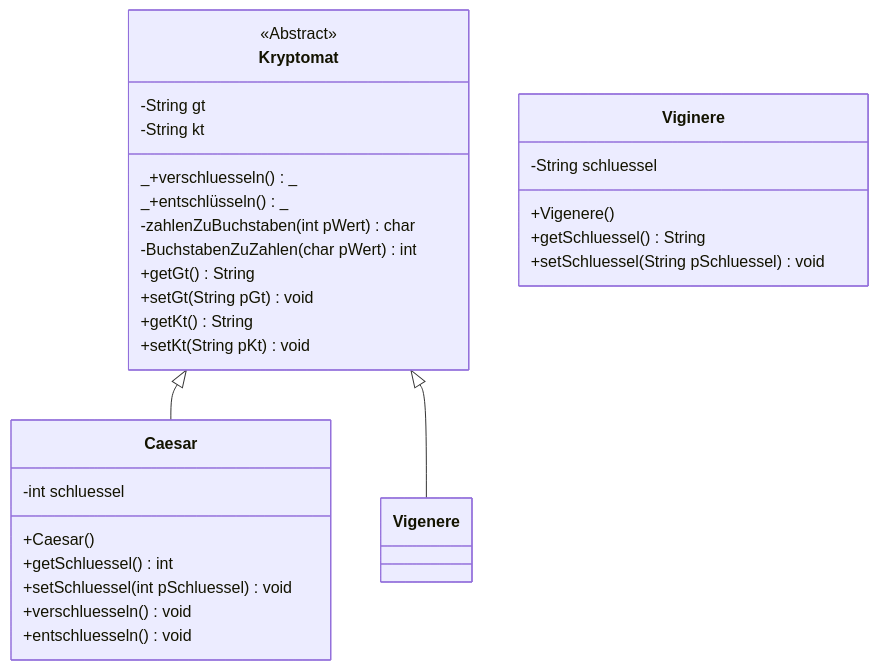
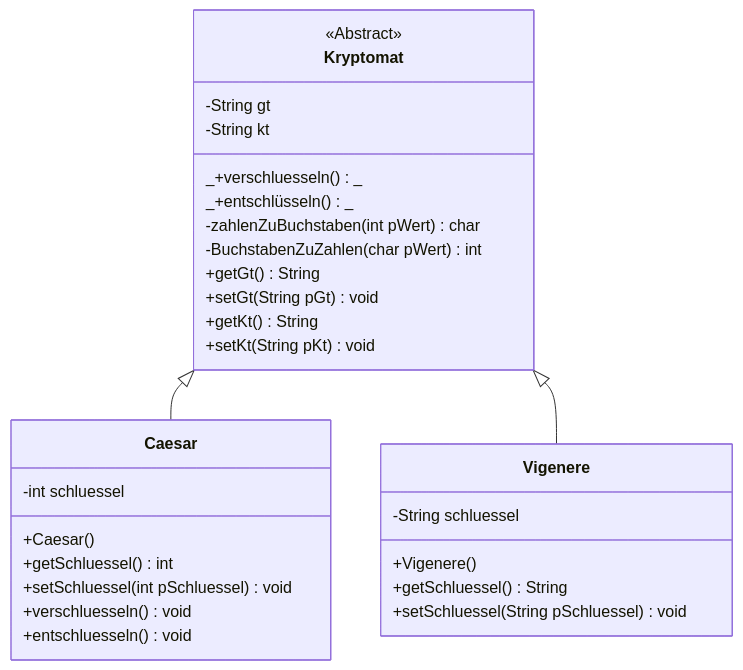
Before and after one commit to rueckertgym/begleitmaterial: the diagram in book/kryptologie/kryptomat.md, drawn with Mermaid.

Commit message:
Aktualisieren book/kryptologie/kryptomat.md

````diff
--- a/book/kryptologie/kryptomat.md
+++ b/book/kryptologie/kryptomat.md
@@ -10,32 +10,32 @@
 ```mermaid
 classDiagram
     Kryptomat <|-- Caesar
     Kryptomat <|-- Vigenere
     <<Abstract>> Kryptomat
     Kryptomat : -String gt
     Kryptomat : -String kt
     Kryptomat: _+verschluesseln()_
     Kryptomat: _+entschlüsseln()_
     Kryptomat: -zahlenZuBuchstaben(int pWert) char
     Kryptomat: -BuchstabenZuZahlen(char pWert) int
     Kryptomat: +getGt() String
     Kryptomat: +setGt(String pGt) void
     Kryptomat: +getKt() String
     Kryptomat: +setKt(String pKt) void
 
     class Caesar{
       -int schluessel
       +Caesar()
       +getSchluessel() int
       +setSchluessel(int pSchluessel) void 
       +verschluesseln() void
       +entschluesseln() void
     }
-    class Viginere{
+    class Vigenere{
       -String schluessel
       +Vigenere()
       +getSchluessel() String
       +setSchluessel(String pSchluessel) void
     }
     
 ```
````
